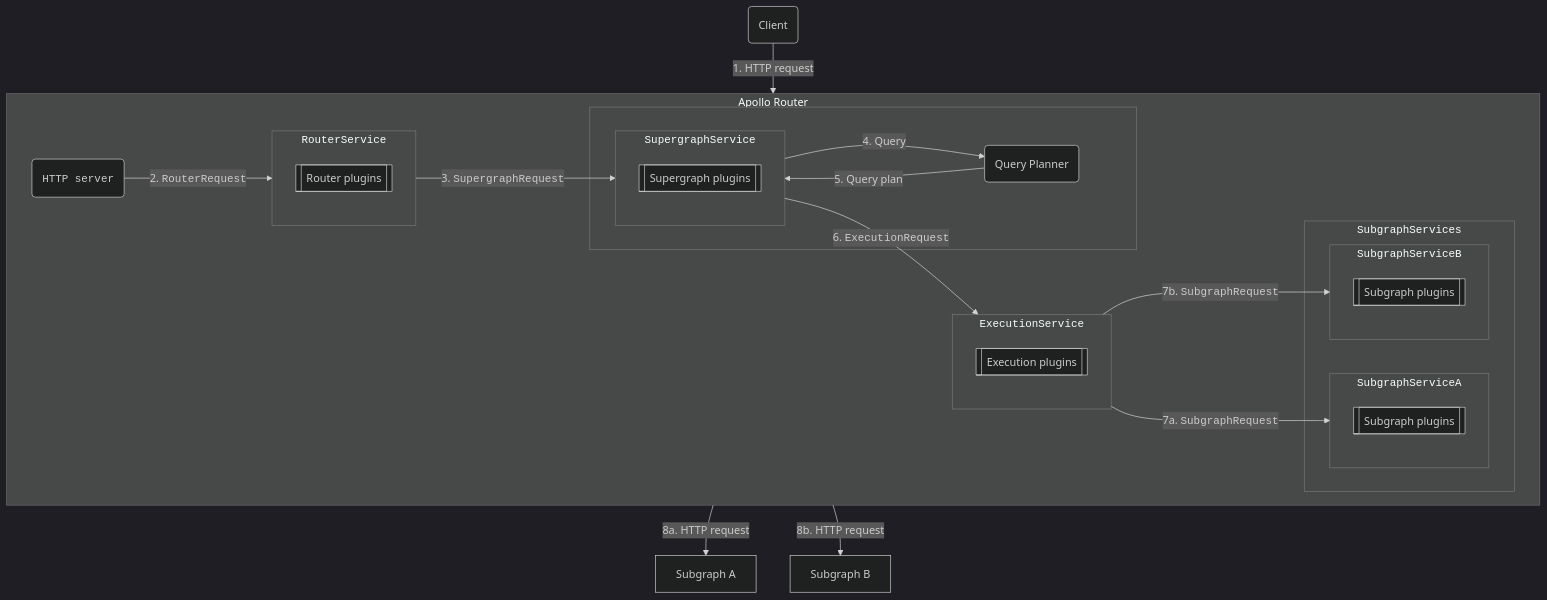
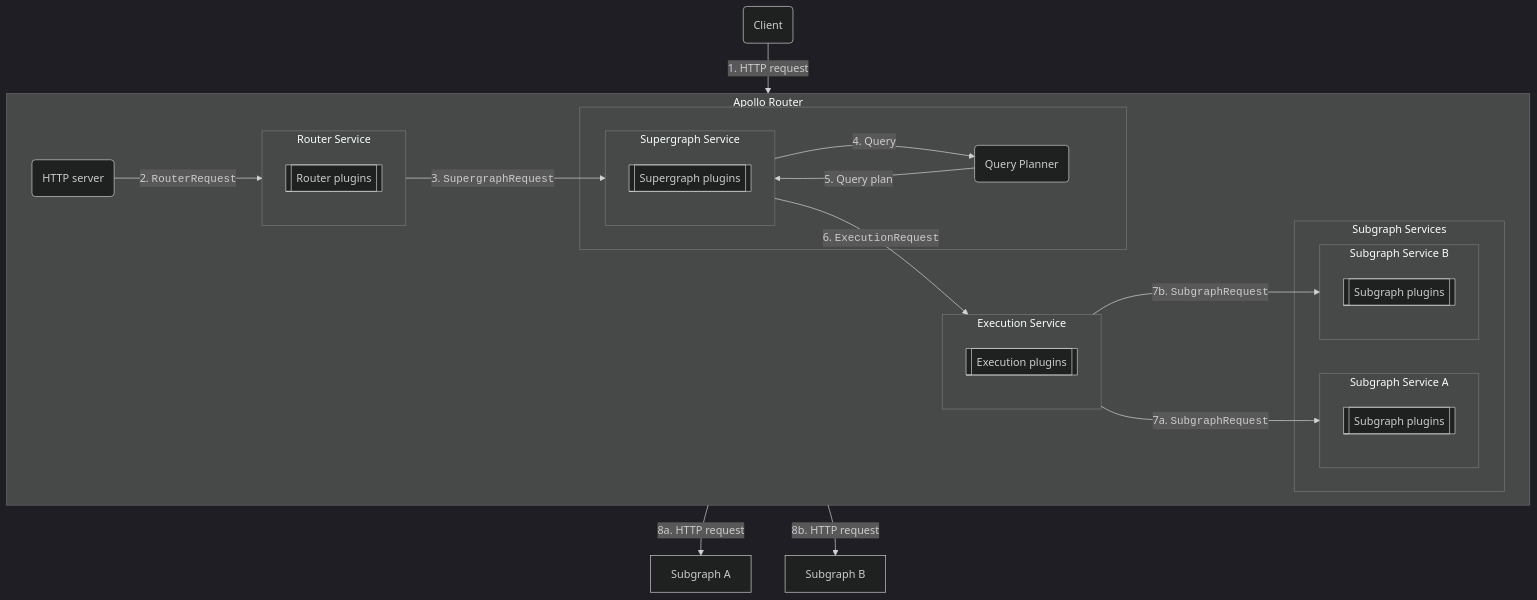
One commit to apollographql/router changed the fourth of 5 diagrams in docs/source/customizations/overview.mdx. Above: the diagram before and after it, drawn with Mermaid (dark theme). The commit also changed other lines of this file, not shown here.

````diff
--- a/docs/source/customizations/overview.mdx
+++ b/docs/source/customizations/overview.mdx
@@ -94,46 +92,46 @@
 ```mermaid
 flowchart TB;
     client(Client);
     subgraph router["Apollo Router"]
         direction LR
-        httpServer("<code>HTTP server</code>")
-        subgraph routerService["<code>RouterService</code><br/>"]
+        httpServer("HTTP server")
+        subgraph routerService["Router Service"]
             routerPlugins[[Router plugins]];
         end
         subgraph " "
-            subgraph supergraphService["<code>SupergraphService</code>"]
+            subgraph supergraphService["Supergraph Service"]
                 supergraphPlugins[[Supergraph plugins]];
             end
             queryPlanner("Query Planner");
         end
         
         
-        subgraph executionService["<code>ExecutionService</code>"]
+        subgraph executionService["Execution Service"]
             executionPlugins[[Execution plugins]];
         end
 
-        subgraph subgraphService["<code>SubgraphServices</code>"]
-            subgraph service1["<code>SubgraphServiceA</code>"]
+        subgraph subgraphService["Subgraph Services"]
+            subgraph service1["Subgraph Service A"]
             subgraphPlugins1[[Subgraph plugins]];
             end
-            subgraph service2["<code>SubgraphServiceB</code>"]
+            subgraph service2["Subgraph Service B"]
             subgraphPlugins2[[Subgraph plugins]];
             end            
         end
     end;
 subgraphA[Subgraph A];
 subgraphB[Subgraph B];
 
 client --"1. HTTP request"--> httpServer;
 httpServer --"2. <code>RouterRequest</code>"--> routerService;
 routerService --"3. <code>SupergraphRequest</code>"--> supergraphService
 supergraphService --"4. Query"--> queryPlanner;
 queryPlanner --"5. Query plan"--> supergraphService;
 supergraphService --"6. <code>ExecutionRequest</code>"--> executionService;
 
 executionService --"7a. <code>SubgraphRequest</code>"--> service1;
 executionService --"7b. <code>SubgraphRequest</code>"--> service2;
 
 service1 --"8a. HTTP request"--> subgraphA;
 service2 --"8b. HTTP request"--> subgraphB;
 ```
````
